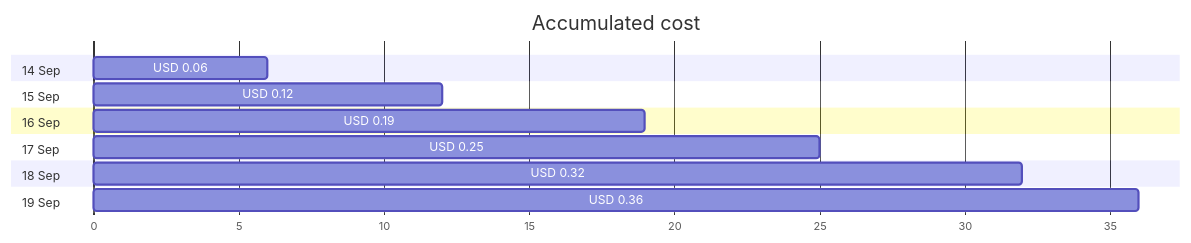
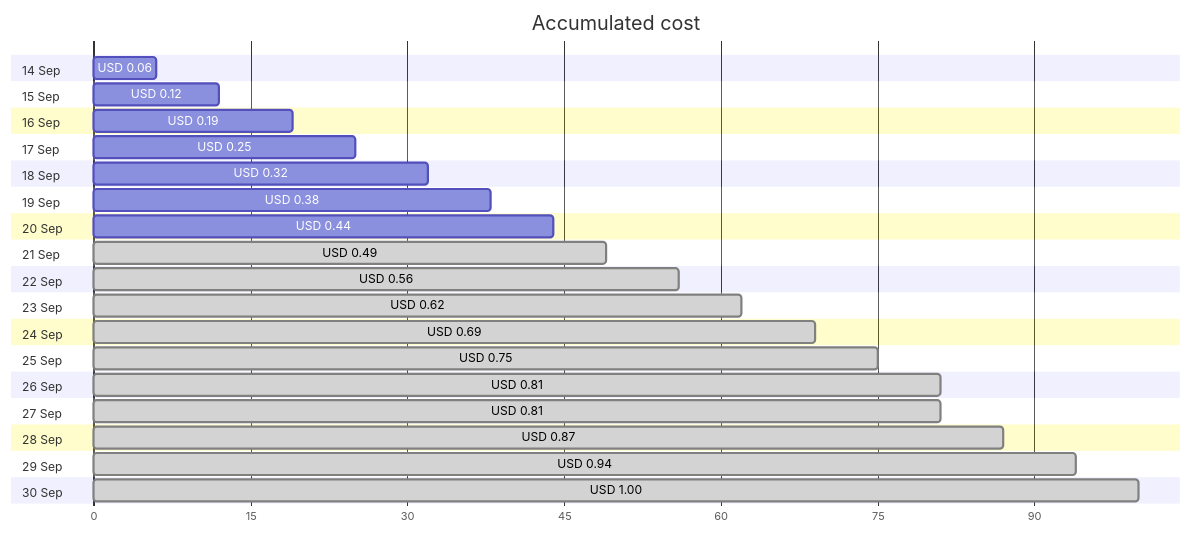
Before and after one commit to jpfulton/azure-personal-reports: the first of 4 diagrams in cost-reports/personal-network/backup-server_OsDisk.md, drawn with Mermaid. The commit also changed other lines of this file and 9 other files, not shown here.

````diff
--- a/cost-reports/personal-network/backup-server_OsDisk.md
+++ b/cost-reports/personal-network/backup-server_OsDisk.md
@@ -20,18 +20,40 @@
 ```mermaid
 gantt
    title Accumulated cost
    dateFormat  X
    axisFormat %s
    section 14 Sep
    USD 0.06 :0, 6
    section 15 Sep
    USD 0.12 :0, 12
    section 16 Sep
    USD 0.19 :0, 19
    section 17 Sep
    USD 0.25 :0, 25
    section 18 Sep
    USD 0.32 :0, 32
    section 19 Sep
-   USD 0.36 :0, 36
+   USD 0.38 :0, 38
+   section 20 Sep
+   USD 0.44 :0, 44
+   section 21 Sep
+   USD 0.49 : done, 0, 49
+   section 22 Sep
+   USD 0.56 : done, 0, 56
+   section 23 Sep
+   USD 0.62 : done, 0, 62
+   section 24 Sep
+   USD 0.69 : done, 0, 69
+   section 25 Sep
+   USD 0.75 : done, 0, 75
+   section 26 Sep
+   USD 0.81 : done, 0, 81
+   section 27 Sep
+   USD 0.81 : done, 0, 81
+   section 28 Sep
+   USD 0.87 : done, 0, 87
+   section 29 Sep
+   USD 0.94 : done, 0, 94
+   section 30 Sep
+   USD 1.00 : done, 0, 100
 ```
````
